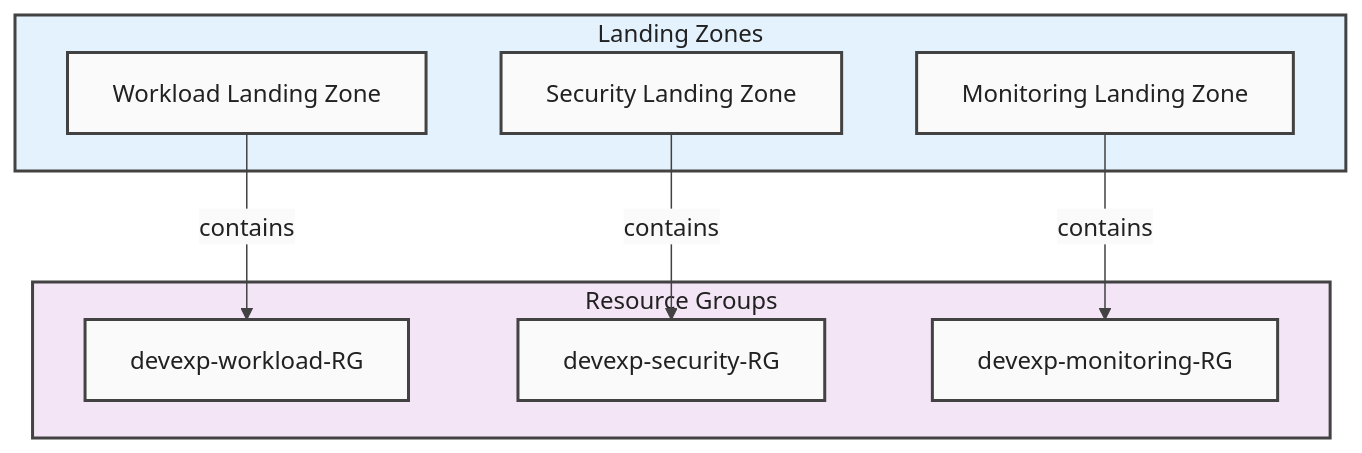
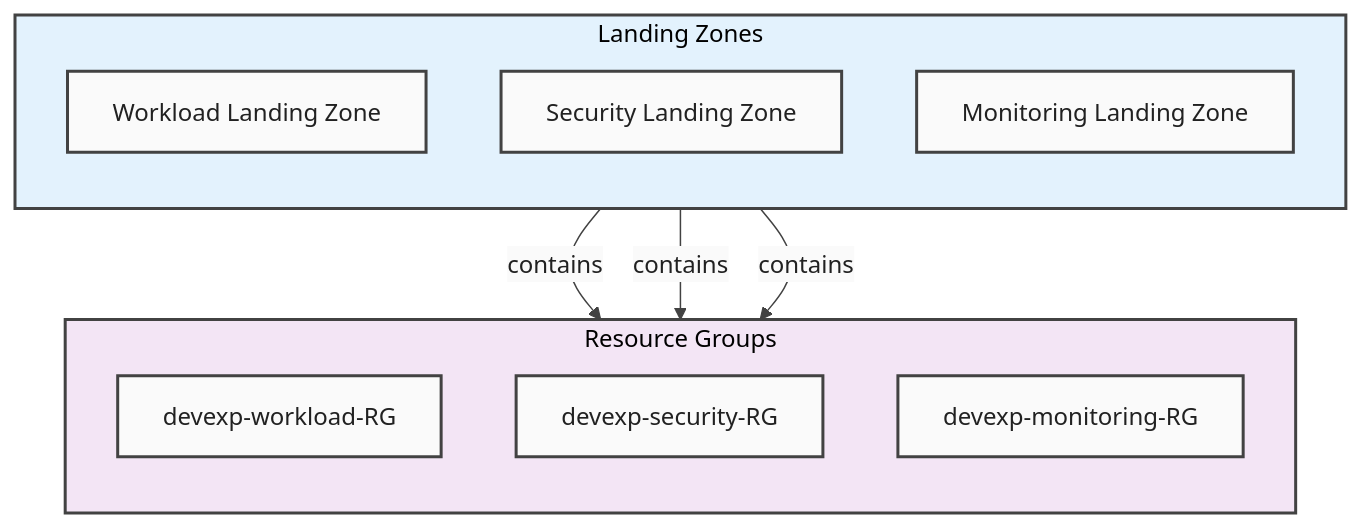
One commit to Evilazaro/DevExp-DevBox changed the tenth of 11 diagrams in docs/architecture/Business.md. Above: the diagram before and after it, drawn with Mermaid. The commit also changed other lines of this file, not shown here.

Commit message:
docs: enhance Business Architecture document with flowchart direction and styling improvements

````diff
--- a/docs/architecture/Business.md
+++ b/docs/architecture/Business.md
@@ -1467,27 +1491,32 @@
 ```mermaid
 %%{init: {'theme': 'base', 'themeVariables': { 'primaryColor': '#FAFAFA', 'primaryBorderColor': '#424242', 'primaryTextColor': '#212121', 'lineColor': '#424242'}}}%%
 flowchart TB
     %% Style Definitions
     classDef default fill:#FAFAFA,stroke:#424242,stroke-width:2px,color:#212121
     classDef level1 fill:#E3F2FD,stroke:#424242,stroke-width:2px,color:#212121
     classDef level2 fill:#F3E5F5,stroke:#424242,stroke-width:2px,color:#212121
 
     subgraph LZ["Landing Zones"]
+        direction TB
         LZ1["Workload Landing Zone"]
         LZ2["Security Landing Zone"]
         LZ3["Monitoring Landing Zone"]
     end
 
     subgraph RG["Resource Groups"]
+        direction TB
         RG1["devexp-workload-RG"]
         RG2["devexp-security-RG"]
         RG3["devexp-monitoring-RG"]
     end
 
     LZ1 -->|"contains"| RG1
     LZ2 -->|"contains"| RG2
     LZ3 -->|"contains"| RG3
 
     class LZ level1
     class RG level2
+
+    style LZ fill:#E3F2FD,stroke:#424242,stroke-width:2px
+    style RG fill:#F3E5F5,stroke:#424242,stroke-width:2px
 ```
````
